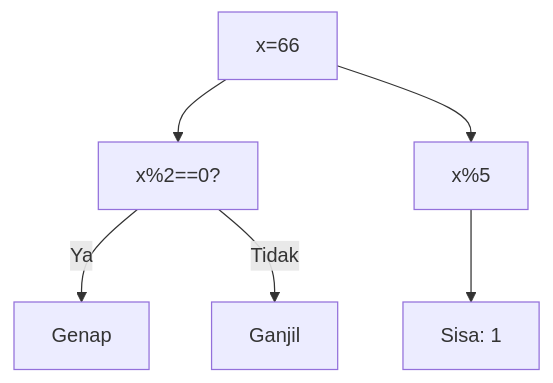
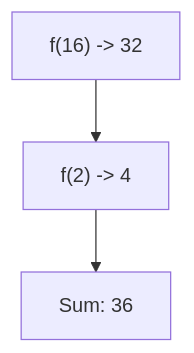
One commit to amnahwaida/OSNK_INF_PREP changed the fifth of 25 diagrams in part-c-pemahaman-cpp/04-fungsi/latihan/set-02.md. Above: the diagram before and after it, drawn with Mermaid. The commit also changed other lines of this file and 71 other files, not shown here.

````diff
--- a/part-c-pemahaman-cpp/04-fungsi/latihan/set-02.md
+++ b/part-c-pemahaman-cpp/04-fungsi/latihan/set-02.md
@@ -148,8 +128,5 @@
 ```mermaid
 graph TD
-A["x=66"] --> B["x%2==0?"]
-B -- Ya --> C["Genap"]
-B -- Tidak --> D["Ganjil"]
-A --> E["x%5"]
-E --> F["Sisa: 1"]
+A["f(16) -> 32"] --> B["f(2) -> 4"]
+B --> C["Sum: 36"]
 ```
````
